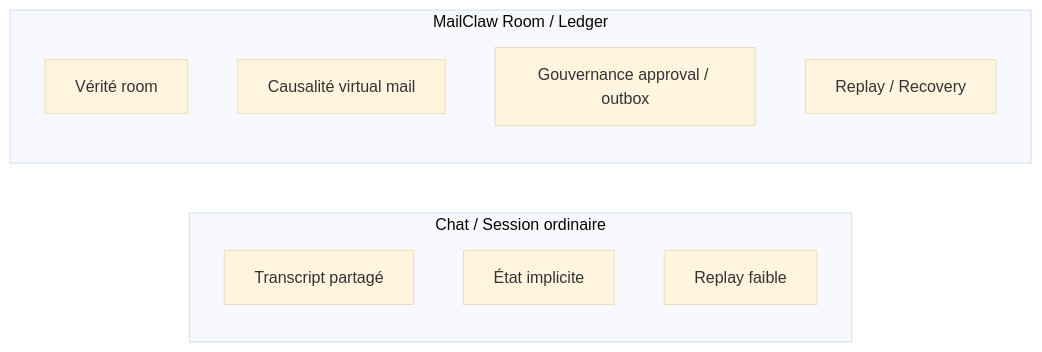
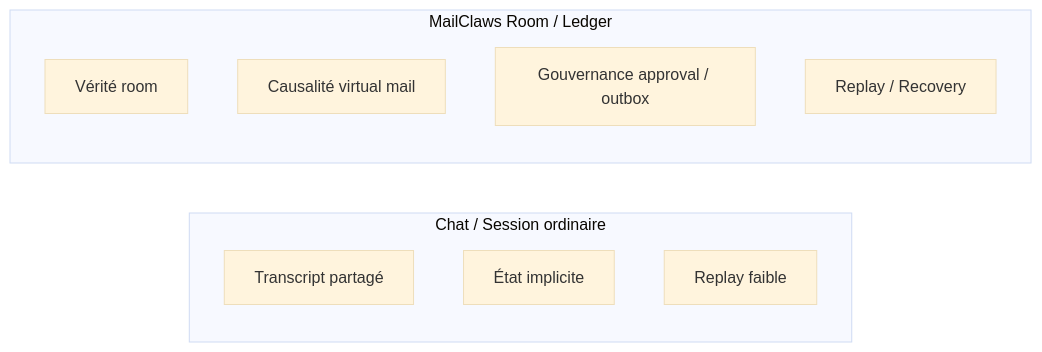
Before and after one commit to dangoZhang/mailclaws: the third of 4 diagrams in docs/release-assets.fr.md, drawn with Mermaid (base theme). The commit also changed other lines of this file and 123 other files, not shown here.

Commit message:
Rename MailClaws surface and fix room routing contracts

````diff
--- a/docs/release-assets.fr.md
+++ b/docs/release-assets.fr.md
@@ -101,14 +101,14 @@
 ```mermaid
 flowchart LR
   subgraph Left["Chat / Session ordinaire"]
     L1["Transcript partagé"]
     L2["État implicite"]
     L3["Replay faible"]
   end
-  subgraph Right["MailClaw Room / Ledger"]
+  subgraph Right["MailClaws Room / Ledger"]
     R1["Vérité room"]
     R2["Causalité virtual mail"]
     R3["Gouvernance approval / outbox"]
     R4["Replay / Recovery"]
   end
 ```
````
